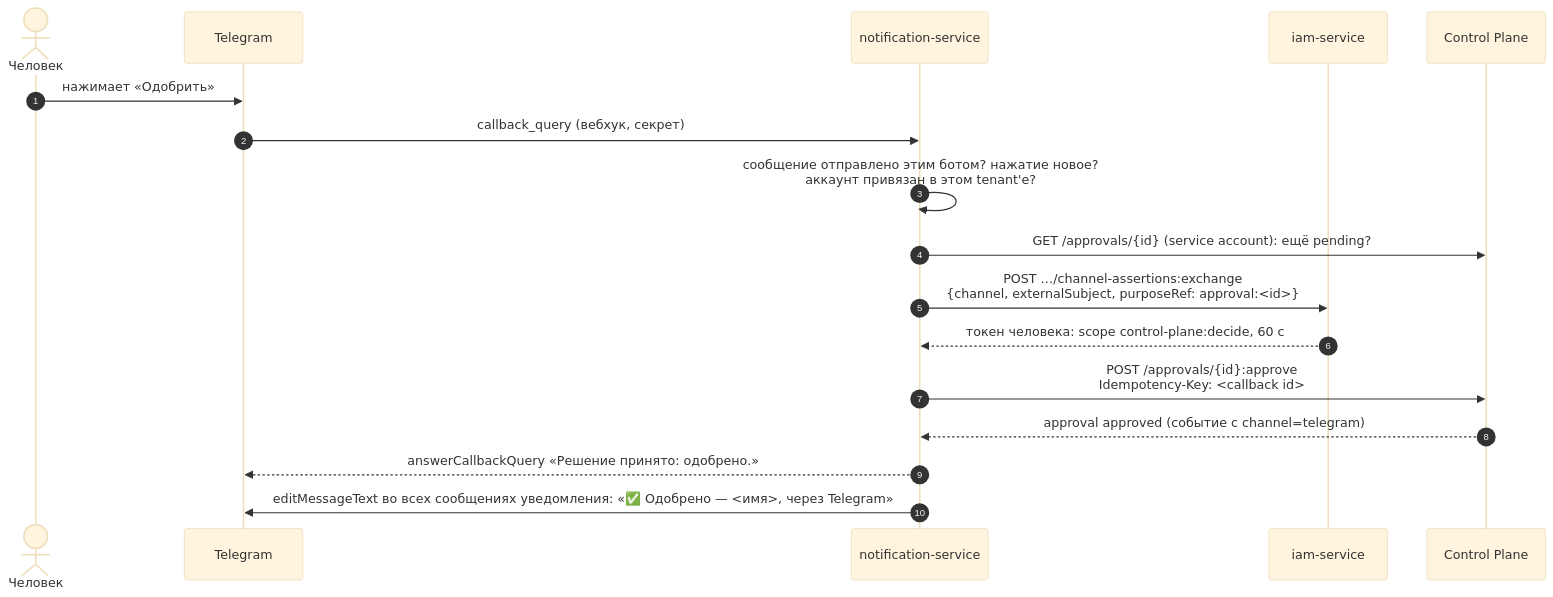
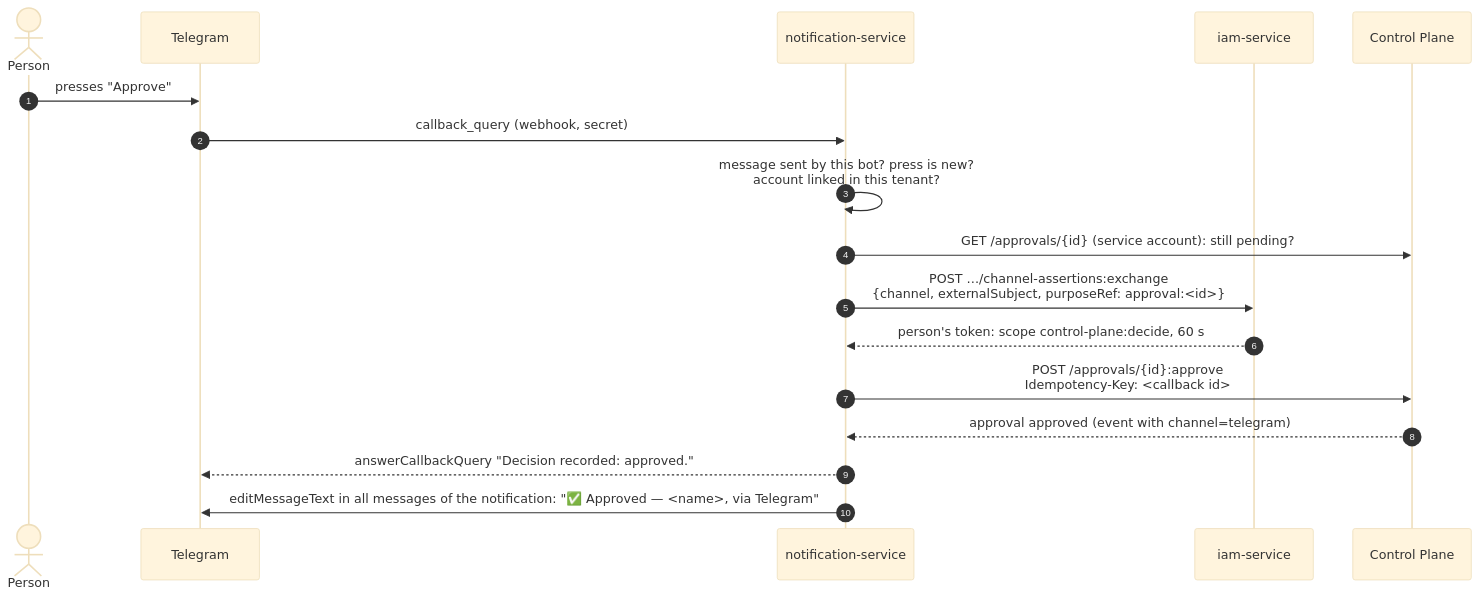
One commit to monthu56/taimen changed the second of 2 diagrams in guide/docs/notifications/telegram.md. Above: the diagram before and after it, drawn with Mermaid (base theme). The commit also changed other lines of this file and 183 other files, not shown here.

````diff
--- a/guide/docs/notifications/telegram.md
+++ b/guide/docs/notifications/telegram.md
@@ -331,19 +320,19 @@
 ```mermaid
 sequenceDiagram
     autonumber
-    actor H as Человек
+    actor H as Person
     participant TG as Telegram
     participant NS as notification-service
     participant IAM as iam-service
     participant CP as Control Plane
-    H->>TG: нажимает «Одобрить»
-    TG->>NS: callback_query (вебхук, секрет)
-    NS->>NS: сообщение отправлено этим ботом? нажатие новое?<br/>аккаунт привязан в этом tenant'е?
-    NS->>CP: GET /approvals/{id} (service account): ещё pending?
+    H->>TG: presses "Approve"
+    TG->>NS: callback_query (webhook, secret)
+    NS->>NS: message sent by this bot? press is new?<br/>account linked in this tenant?
+    NS->>CP: GET /approvals/{id} (service account): still pending?
     NS->>IAM: POST …/channel-assertions:exchange<br/>{channel, externalSubject, purposeRef: approval:<id>}
-    IAM-->>NS: токен человека: scope control-plane:decide, 60 с
+    IAM-->>NS: person's token: scope control-plane:decide, 60 s
     NS->>CP: POST /approvals/{id}:approve<br/>Idempotency-Key: <callback id>
-    CP-->>NS: approval approved (событие с channel=telegram)
-    NS-->>TG: answerCallbackQuery «Решение принято: одобрено.»
-    NS->>TG: editMessageText во всех сообщениях уведомления: «✅ Одобрено — <имя>, через Telegram»
+    CP-->>NS: approval approved (event with channel=telegram)
+    NS-->>TG: answerCallbackQuery "Decision recorded: approved."
+    NS->>TG: editMessageText in all messages of the notification: "✅ Approved — <name>, via Telegram"
 ```
````
